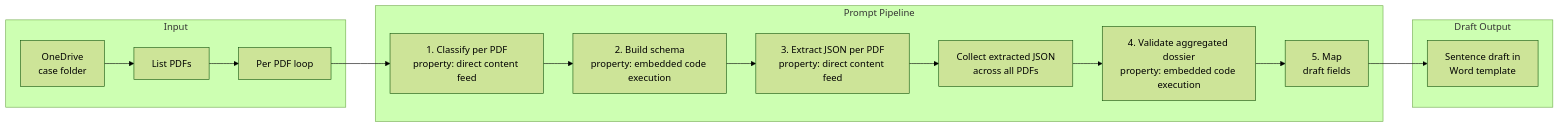
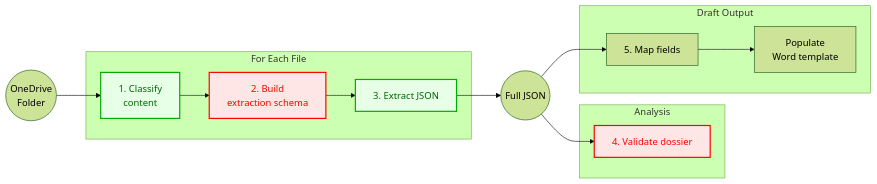
One commit to Gilbocc/cittadinanza changed the diagram in README.md. Above: the diagram before and after it, drawn with Mermaid (forest theme). The commit also changed other lines of this file, not shown here.

````diff
--- a/README.md
+++ b/README.md
@@ -143,23 +143,32 @@
 ```mermaid
 flowchart LR
-	subgraph IN[Input]
-		A[OneDrive<br/>case folder]
-		B[List PDFs]
-		C[Per PDF loop]
+	A((OneDrive<br>Folder))
+
+	subgraph AI[For Each File]
+		D[1. Classify<br>content]
+		E[2. Build<br>extraction schema]
+		F[3. Extract JSON]
 	end
 
-	subgraph AI[Prompt Pipeline]
-		D[1. Classify per PDF<br/>property: direct content feed]
-		E[2. Build schema<br/>property: embedded code execution]
-		F[3. Extract JSON per PDF<br/>property: direct content feed]
-		K[Collect extracted JSON<br/>across all PDFs]
-		G[4. Validate aggregated dossier<br/>property: embedded code execution]
-		H[5. Map<br/>draft fields]
+    L((Full JSON))
+
+    subgraph AN[Analysis]
+        G[4. Validate dossier]
+    end
+
+	subgraph OUT[Draft Output]
+        H[5. Map fields]
+		I[Populate<br>Word template]
 	end
 
-	subgraph OUT[Draft Output]
-		I[Sentence draft in<br/>Word template]
-	end
+	A --> D --> E --> F  --> L --> H --> I
+    L --> G
 
-	A --> B --> C --> D --> E --> F --> K --> G --> H --> I
+    %% styling
+    classDef python fill:#ffe6e6,stroke:#ff0000,stroke-width:2px,color:#ff0000;
+    classDef pdf fill:#e6ffe6,stroke:#00aa00,stroke-width:2px,color:#006600;
+    class E python;
+    class G python;
+    class D pdf;
+    class F pdf;
 ```
````
